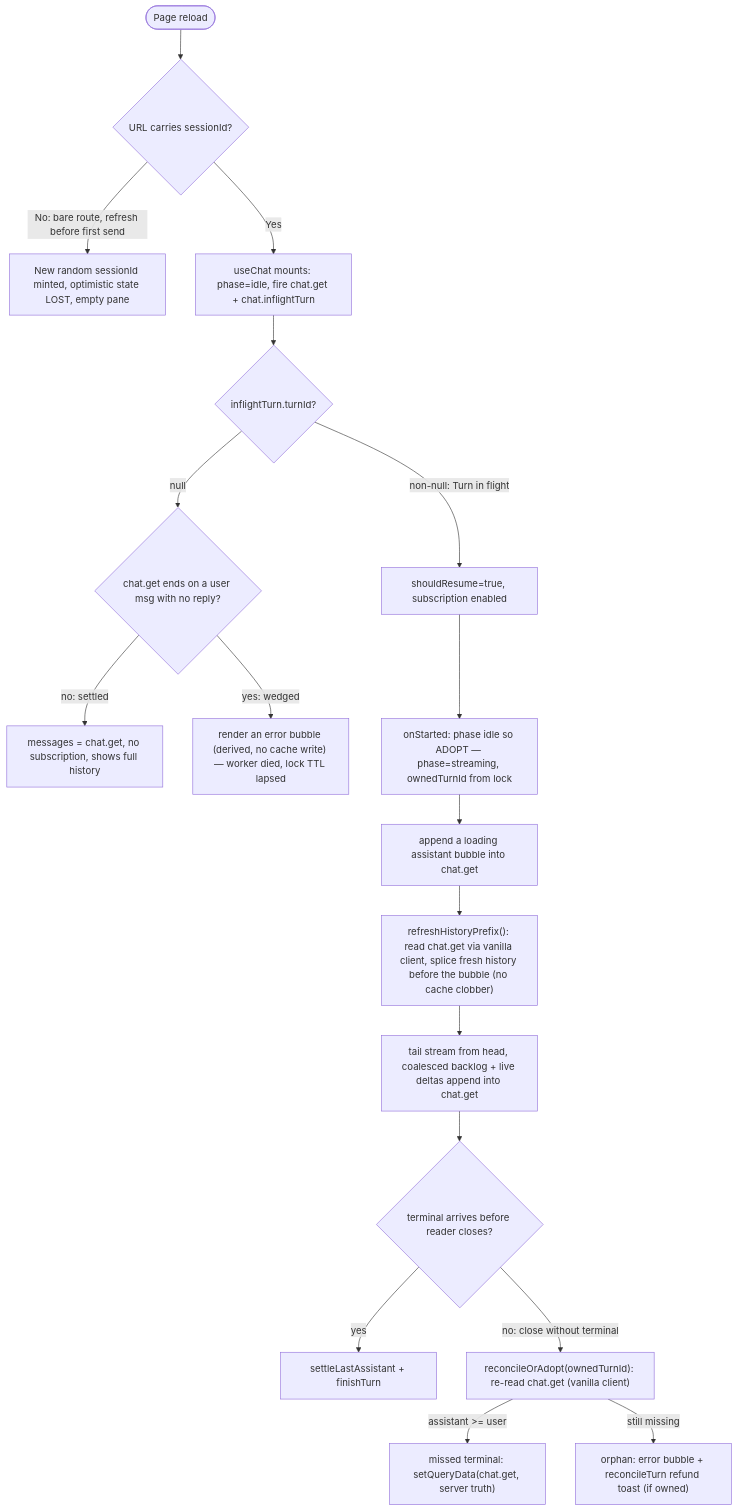
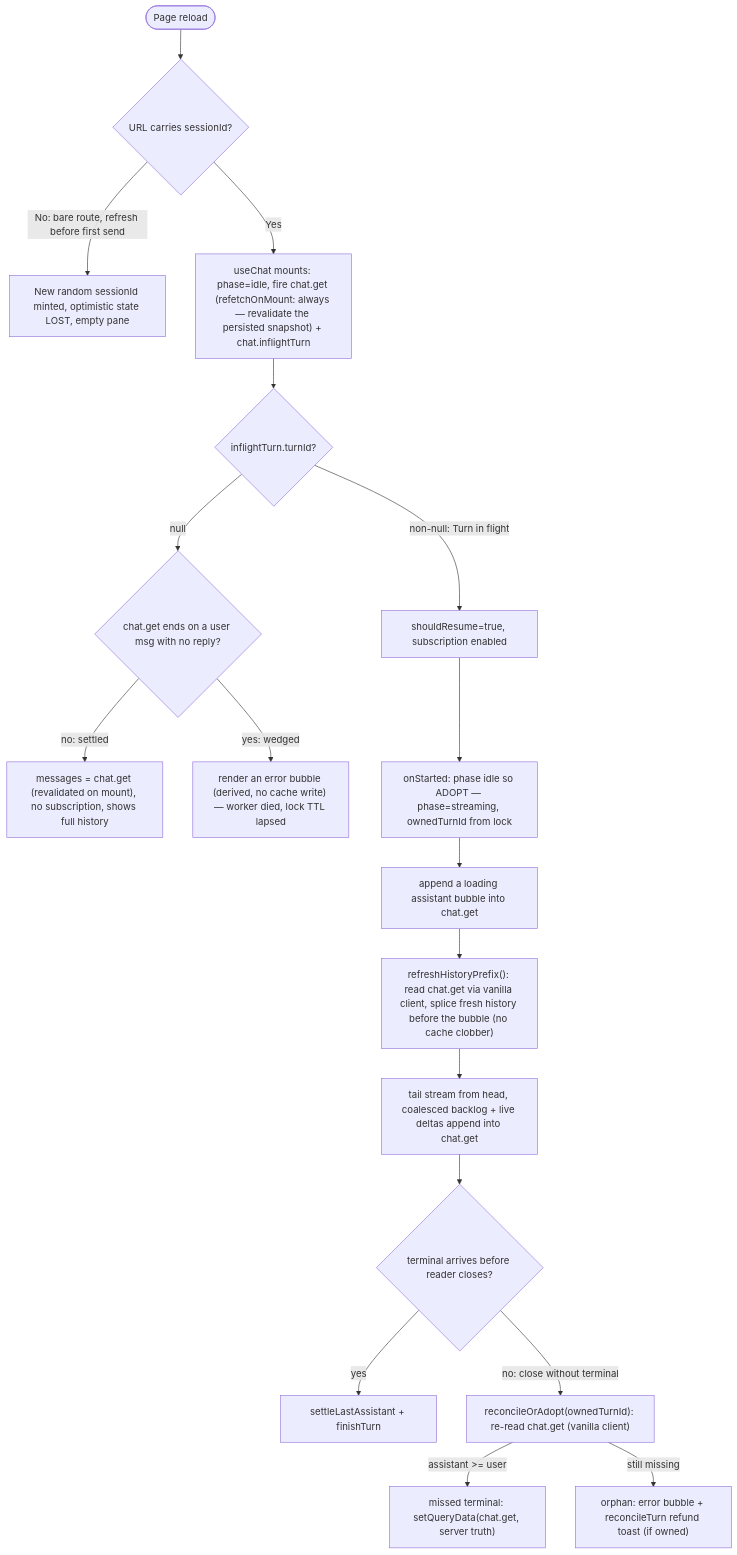
Before and after one commit to regybean/Trellis: the diagram in packages/features/chat/docs/chat-flow-refresh.mermaid, drawn with Mermaid. The commit also changed 3 other files, not shown here.

First line of the commit message:
fix resume-after-refresh blank pane: revalidate chat.get on mount

```diff
--- a/packages/features/chat/docs/chat-flow-refresh.mermaid
+++ b/packages/features/chat/docs/chat-flow-refresh.mermaid
@@ -1,21 +1,21 @@
 flowchart TD
     RELOAD([Page reload]) --> URLQ{URL carries sessionId?}
     URLQ -->|"No: bare route, refresh before first send"| NEW["New random sessionId minted, optimistic state LOST, empty pane"]
-    URLQ -->|Yes| MOUNT["useChat mounts: phase=idle, fire chat.get + chat.inflightTurn"]
+    URLQ -->|Yes| MOUNT["useChat mounts: phase=idle, fire chat.get (refetchOnMount: always — revalidate the persisted snapshot) + chat.inflightTurn"]
 
     MOUNT --> INFQ{inflightTurn.turnId?}
 
     INFQ -->|"null"| DANGLE{chat.get ends on a user msg with no reply?}
-    DANGLE -->|"no: settled"| DONE["messages = chat.get, no subscription, shows full history"]
+    DANGLE -->|"no: settled"| DONE["messages = chat.get (revalidated on mount), no subscription, shows full history"]
     DANGLE -->|"yes: wedged"| WEDGE["render an error bubble (derived, no cache write) — worker died, lock TTL lapsed"]
 
     INFQ -->|"non-null: Turn in flight"| RESUME["shouldResume=true, subscription enabled"]
     RESUME --> STARTED["onStarted: phase idle so ADOPT — phase=streaming, ownedTurnId from lock"]
     STARTED --> SEED["append a loading assistant bubble into chat.get"]
     SEED --> ADOPT["refreshHistoryPrefix(): read chat.get via vanilla client, splice fresh history before the bubble (no cache clobber)"]
     ADOPT --> TAIL["tail stream from head, coalesced backlog + live deltas append into chat.get"]
     TAIL --> TERM{terminal arrives before reader closes?}
     TERM -->|yes| SETTLEOK["settleLastAssistant + finishTurn"]
     TERM -->|"no: close without terminal"| ORPHANCHK["reconcileOrAdopt(ownedTurnId): re-read chat.get (vanilla client)"]
     ORPHANCHK -->|"assistant >= user"| ADOPTSRV["missed terminal: setQueryData(chat.get, server truth)"]
     ORPHANCHK -->|still missing| ORPHAN["orphan: error bubble + reconcileTurn refund toast (if owned)"]
```
